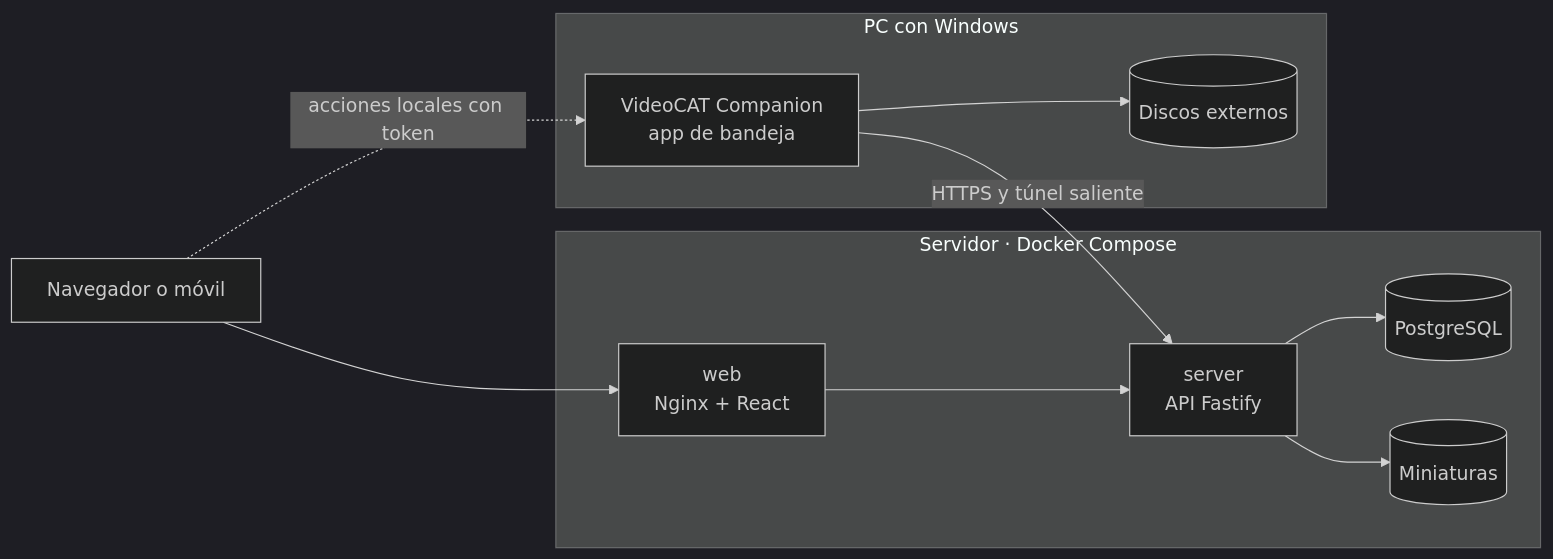
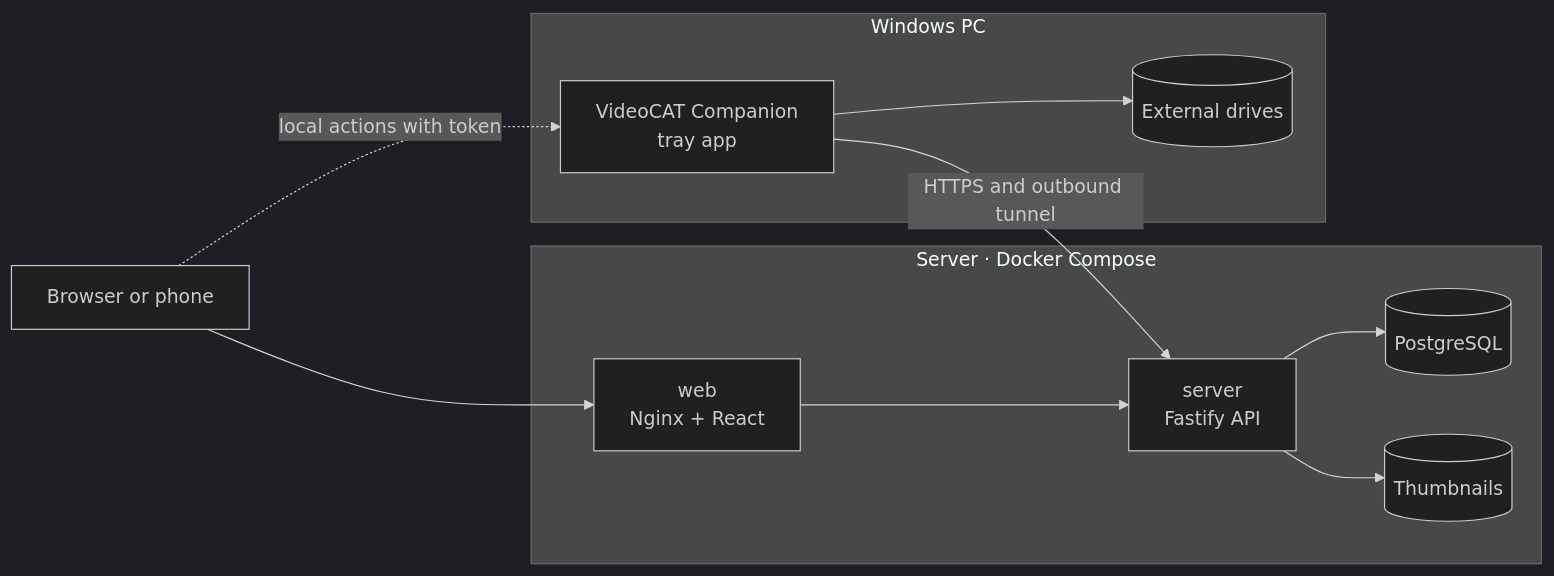
The diagram in README.md (reiterstahl/videocat), drawn with Mermaid (dark theme) before and after one commit. The commit also changed other lines of this file and 3 other files, not shown here.

````diff
--- a/README.md
+++ b/README.md
@@ -50,14 +50,14 @@
 ```mermaid
 flowchart LR
-  browser["Navegador o móvil"] --> web
-  subgraph server_host["Servidor · Docker Compose"]
-    web["web<br/>Nginx + React"] --> api["server<br/>API Fastify"]
+  browser["Browser or phone"] --> web
+  subgraph server_host["Server · Docker Compose"]
+    web["web<br/>Nginx + React"] --> api["server<br/>Fastify API"]
     api --> db[("PostgreSQL")]
-    api --> thumbs[("Miniaturas")]
+    api --> thumbs[("Thumbnails")]
   end
-  subgraph windows["PC con Windows"]
-    companion["VideoCAT Companion<br/>app de bandeja"] --> disks[("Discos externos")]
+  subgraph windows["Windows PC"]
+    companion["VideoCAT Companion<br/>tray app"] --> disks[("External drives")]
   end
-  companion -- "HTTPS y túnel saliente" --> api
-  browser -. "acciones locales con token" .-> companion
+  companion -- "HTTPS and outbound tunnel" --> api
+  browser -. "local actions with token" .-> companion
 ```
````
